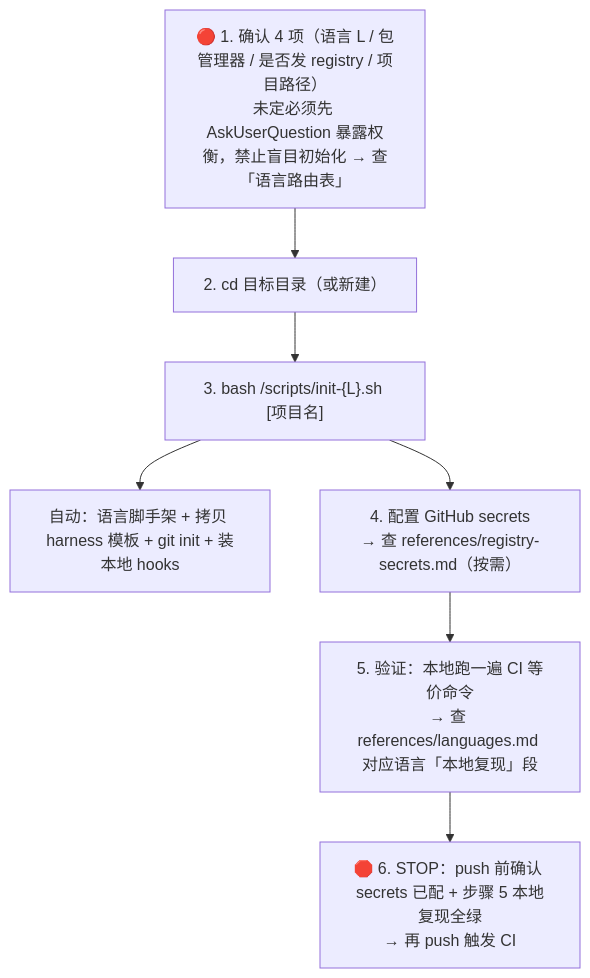
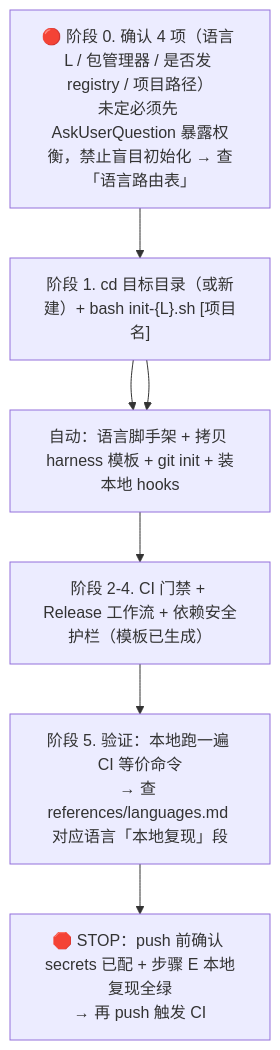
One commit to Kirky-X/pangu changed the diagram in SKILL.md. Above: the diagram before and after it, drawn with Mermaid. The commit also changed other lines of this file and 3 other files, not shown here.

````diff
--- a/SKILL.md
+++ b/SKILL.md
@@ -13,12 +13,11 @@
 ```mermaid
 flowchart TD
-    A["🔴 1. 确认 4 项（语言 L / 包管理器 / 是否发 registry / 项目路径）<br/>未定必须先 AskUserQuestion 暴露权衡，禁止盲目初始化 → 查「语言路由表」"]
-    B["2. cd 目标目录（或新建）"]
-    C["3. bash <skill>/scripts/init-{L}.sh [项目名]"]
-    C1["自动：语言脚手架 + 拷贝 harness 模板 + git init + 装本地 hooks"]
-    D["4. 配置 GitHub secrets<br/>→ 查 references/registry-secrets.md（按需）"]
-    E["5. 验证：本地跑一遍 CI 等价命令<br/>→ 查 references/languages.md 对应语言「本地复现」段"]
-    F["🛑 6. STOP：push 前确认 secrets 已配 + 步骤 5 本地复现全绿<br/>→ 再 push 触发 CI"]
+    A["🔴 阶段 0. 确认 4 项（语言 L / 包管理器 / 是否发 registry / 项目路径）<br/>未定必须先 AskUserQuestion 暴露权衡，禁止盲目初始化 → 查「语言路由表」"]
+    B["阶段 1. cd 目标目录（或新建）+ bash init-{L}.sh [项目名]"]
+    C["自动：语言脚手架 + 拷贝 harness 模板 + git init + 装本地 hooks"]
+    D["阶段 2-4. CI 门禁 + Release 工作流 + 依赖安全护栏（模板已生成）"]
+    E["阶段 5. 验证：本地跑一遍 CI 等价命令<br/>→ 查 references/languages.md 对应语言「本地复现」段"]
+    F["🛑 STOP：push 前确认 secrets 已配 + 步骤 E 本地复现全绿<br/>→ 再 push 触发 CI"]
     A --> B --> C --> D --> E --> F
-    C --> C1
+    B --> C
 ```
````
